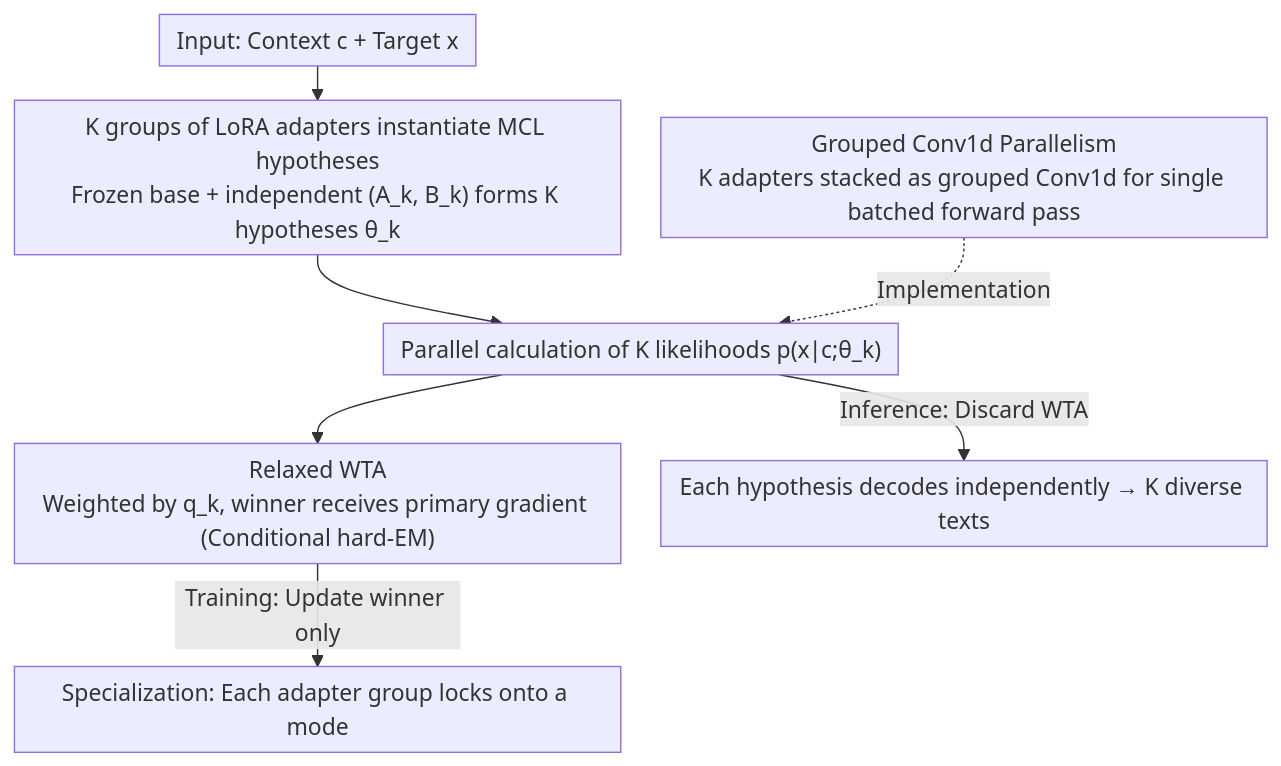
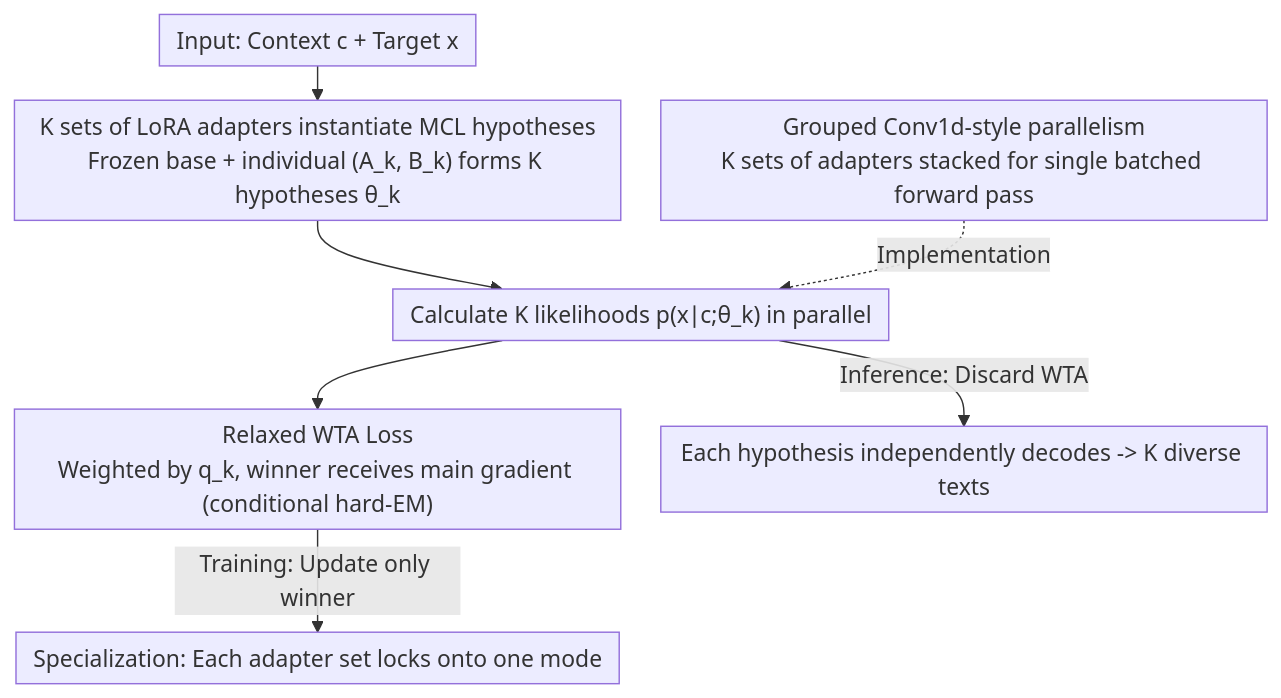
The diagram in docs/ICML2026/audio_speech/multiple_choice_learning_of_low-rank_adapters_for_language_modeling.md (zhaoyang97/Paper-Notes-en), drawn with Mermaid before and after one commit. The commit also changed other lines of this file and 5084 other files, not shown here.

````diff
--- a/docs/ICML2026/audio_speech/multiple_choice_learning_of_low-rank_adapters_for_language_modeling.md
+++ b/docs/ICML2026/audio_speech/multiple_choice_learning_of_low-rank_adapters_for_language_modeling.md
@@ -45,10 +45,10 @@
 ```mermaid
 %%{init: {'flowchart': {'rankSpacing': 24, 'nodeSpacing': 28, 'padding': 6, 'wrappingWidth': 400}}}%%
 flowchart TD
-    A["Input: Context c + Target x"] --> B["K groups of LoRA adapters instantiate MCL hypotheses<br/>Frozen base + independent (A_k, B_k) forms K hypotheses θ_k"]
-    B --> C["Parallel calculation of K likelihoods p(x∣c;θ_k)"]
-    P["Grouped Conv1d Parallelism<br/>K adapters stacked as grouped Conv1d for single batched forward pass"] -.Implementation.-> C
-    C --> D["Relaxed WTA<br/>Weighted by q_k, winner receives primary gradient (Conditional hard-EM)"]
-    D -->|Training: Update winner only| E["Specialization: Each adapter group locks onto a mode"]
-    C -->|Inference: Discard WTA| F["Each hypothesis decodes independently → K diverse texts"]
+    A["Input: Context c + Target x"] --> B["K sets of LoRA adapters instantiate MCL hypotheses<br/>Frozen base + individual (A_k, B_k) forms K hypotheses θ_k"]
+    B --> C["Calculate K likelihoods p(x∣c;θ_k) in parallel"]
+    P["Grouped Conv1d-style parallelism<br/>K sets of adapters stacked for single batched forward pass"] -.Implementation.-> C
+    C --> D["Relaxed WTA Loss<br/>Weighted by q_k, winner receives main gradient (conditional hard-EM)"]
+    D -->|Training: Update only winner| E["Specialization: Each adapter set locks onto one mode"]
+    C -->|Inference: Discard WTA| F["Each hypothesis independently decodes -> K diverse texts"]
 ```
````
